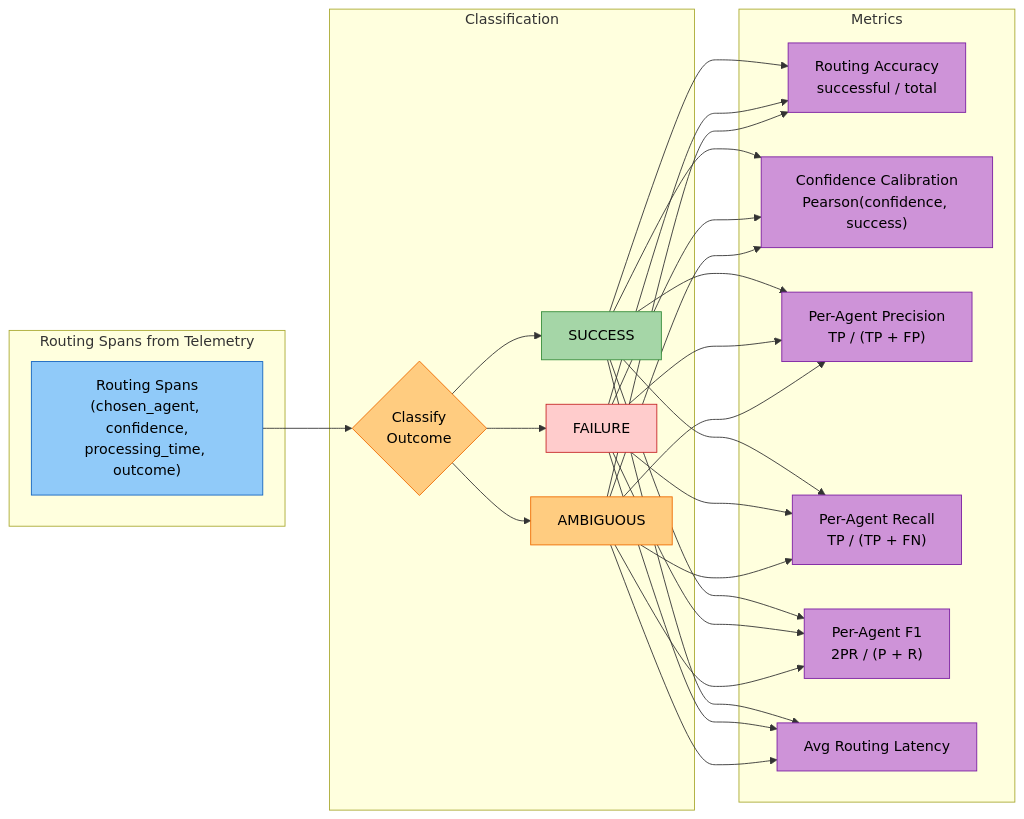
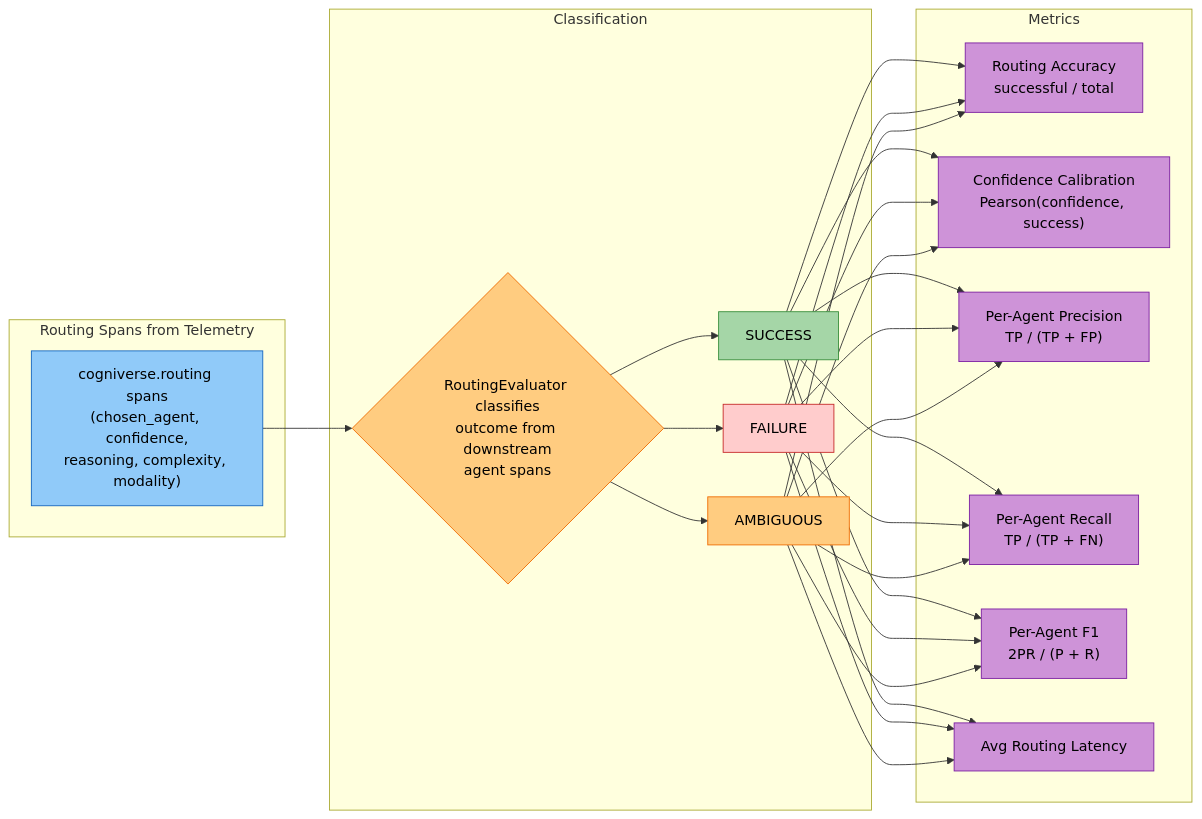
Before and after one commit to amit-jain/cogniverse: the fifth of 8 diagrams in docs/architecture/evaluation-optimization-loop.md, drawn with Mermaid. The commit also changed other lines of this file and 50 other files, not shown here.

First line of the commit message:
Complete and verify docs against code with mermaid palette

````diff
--- a/docs/architecture/evaluation-optimization-loop.md
+++ b/docs/architecture/evaluation-optimization-loop.md
@@ -437,38 +470,38 @@
 ```mermaid
 flowchart LR
     subgraph "Routing Spans from Telemetry"
-        SP["<span style='color:#000'>Routing Spans<br/>(chosen_agent, confidence,<br/>processing_time, outcome)</span>"]
+        SP["<span style='color:#000'>cogniverse.routing spans<br/>(chosen_agent, confidence,<br/>reasoning, complexity, modality)</span>"]
     end
 
     subgraph "Classification"
-        CL{"<span style='color:#000'>Classify<br/>Outcome</span>"}
+        CL{"<span style='color:#000'>RoutingEvaluator classifies<br/>outcome from downstream<br/>agent spans</span>"}
         S["<span style='color:#000'>SUCCESS</span>"]
         F["<span style='color:#000'>FAILURE</span>"]
         A["<span style='color:#000'>AMBIGUOUS</span>"]
     end
 
     subgraph "Metrics"
         RA["<span style='color:#000'>Routing Accuracy<br/>successful / total</span>"]
         CC["<span style='color:#000'>Confidence Calibration<br/>Pearson(confidence, success)</span>"]
         PP["<span style='color:#000'>Per-Agent Precision<br/>TP / (TP + FP)</span>"]
         PR["<span style='color:#000'>Per-Agent Recall<br/>TP / (TP + FN)</span>"]
         PF["<span style='color:#000'>Per-Agent F1<br/>2PR / (P + R)</span>"]
         RL["<span style='color:#000'>Avg Routing Latency</span>"]
     end
 
     SP --> CL
     CL --> S & F & A
     S & F & A --> RA & CC & PP & PR & PF & RL
 
     style SP fill:#90caf9,stroke:#1565c0,color:#000
     style CL fill:#ffcc80,stroke:#ef6c00,color:#000
     style S fill:#a5d6a7,stroke:#388e3c,color:#000
     style F fill:#ffcccc,stroke:#c62828,color:#000
     style A fill:#ffcc80,stroke:#ef6c00,color:#000
     style RA fill:#ce93d8,stroke:#7b1fa2,color:#000
     style CC fill:#ce93d8,stroke:#7b1fa2,color:#000
     style PP fill:#ce93d8,stroke:#7b1fa2,color:#000
     style PR fill:#ce93d8,stroke:#7b1fa2,color:#000
     style PF fill:#ce93d8,stroke:#7b1fa2,color:#000
     style RL fill:#ce93d8,stroke:#7b1fa2,color:#000
 ```
````
